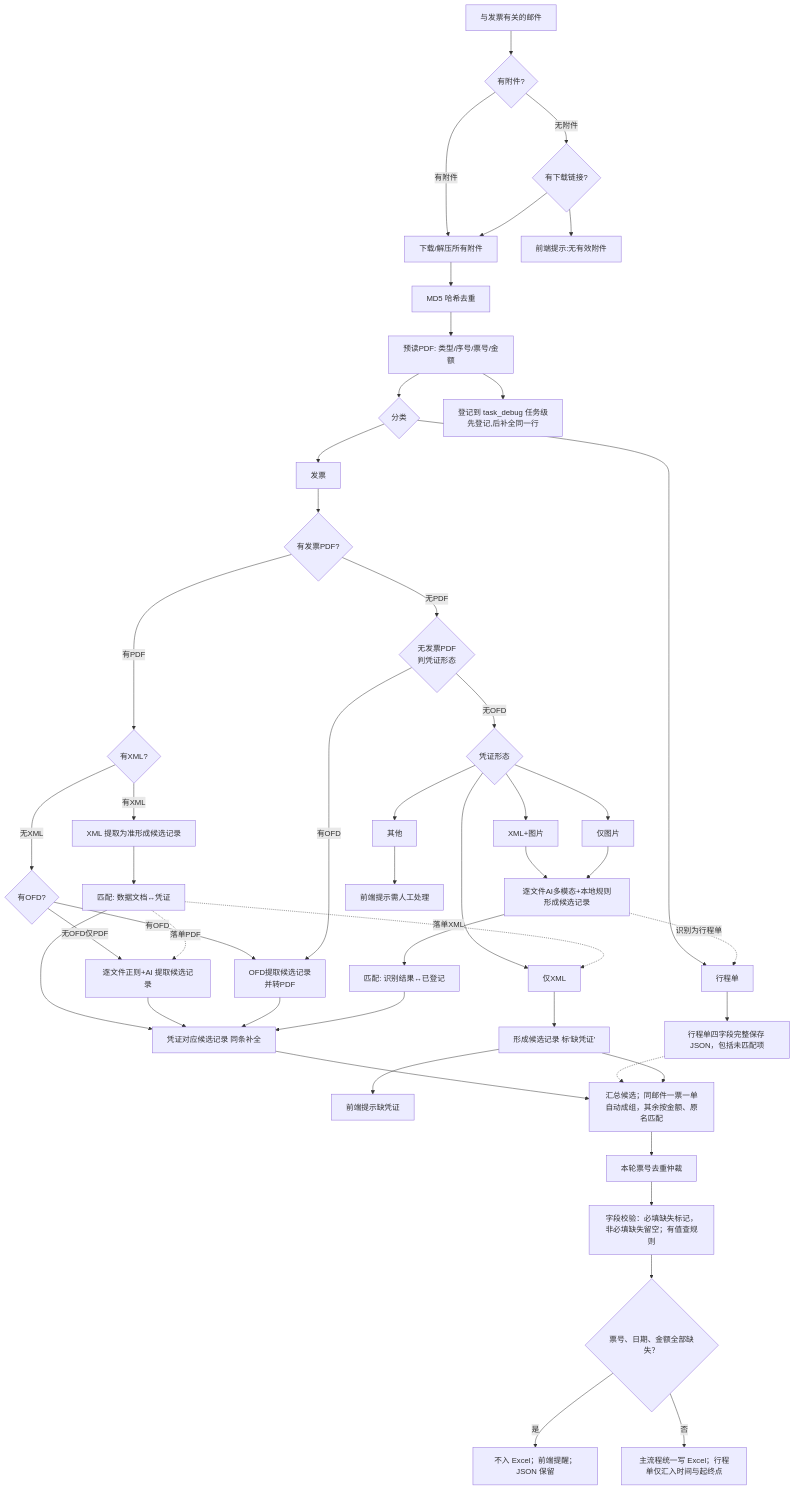
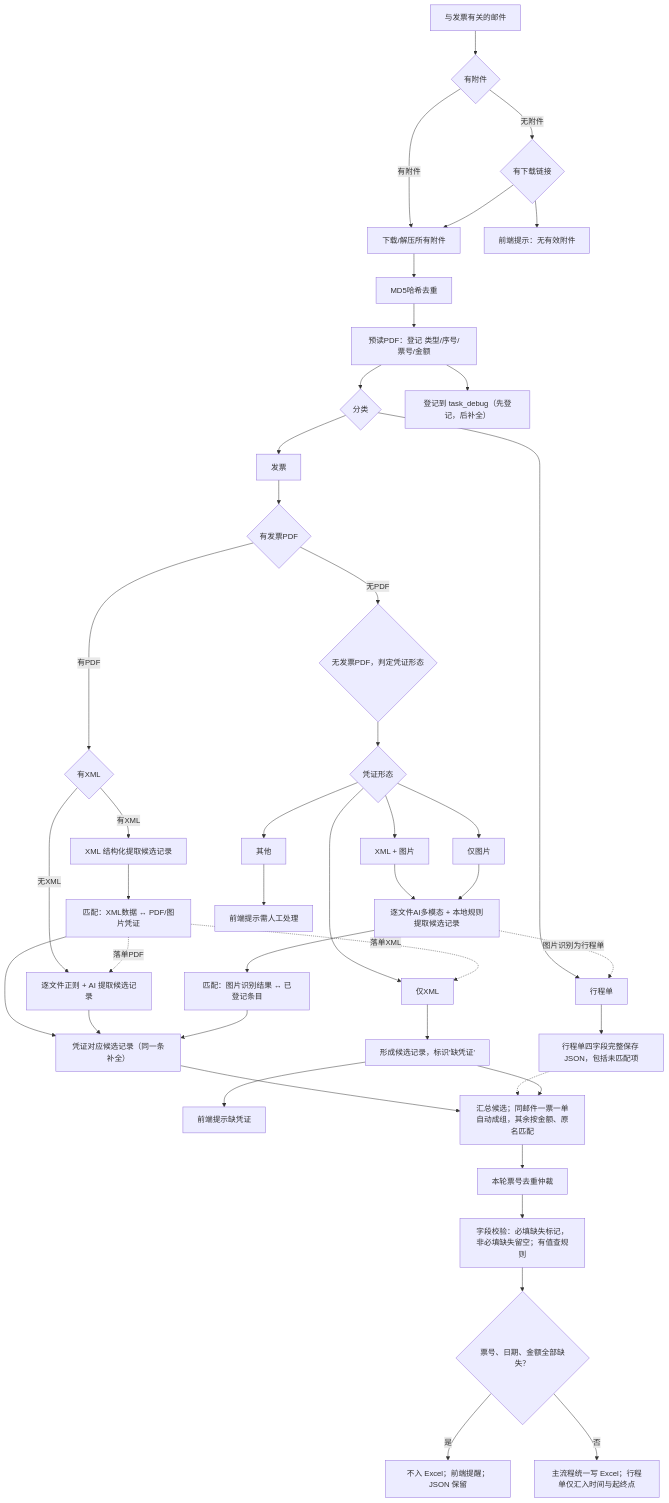
Before and after one commit to MUKE-git/Fapiao_Task: the second of 4 diagrams in 01 docs/01 project/重构方案.md, drawn with Mermaid. The commit also changed other lines of this file and 2 other files, not shown here.

Commit message:
docs: 更新 T3 主流程与集成交接
记录用户调整后的 Mermaid 主流程、忽略 OFD 的处理边界及阶段测试交接。保留历史结论的时间和验证范围，避免把规划或受控测试误写为产品验收。

````diff
--- a/01 docs/01 project/重构方案.md
+++ b/01 docs/01 project/重构方案.md
@@ -50,65 +50,83 @@
 ```mermaid
+%% 目标流程：OFD 直接忽略；研发验证和待验收项见 T3-9 交接记录。
 flowchart TD
+    %% 邮件进入
     A["与发票有关的邮件"]
-    B{"有附件?"}
+    B{"有附件"}
     C["下载/解压所有附件"]
-    D{"有下载链接?"}
-    E["前端提示:无有效附件"]
-    F["MD5 哈希去重"]
-    G["预读PDF: 类型/序号/票号/金额"]
+    D{"有下载链接"}
+    E["前端提示：无有效附件"]
+
+    %% 附件预处理
+    F["MD5哈希去重"]
+    G["预读PDF：登记 类型/序号/票号/金额"]
     H{"分类"}
     I["行程单"]
     J["发票"]
-    K["登记到 task_debug 任务级<br/>先登记,后补全同一行"]
-    L{"有发票PDF?"}
-    M{"有XML?"}
-    N["XML 提取为准形成候选记录"]
-    O["匹配: 数据文档↔凭证"]
-    P{"有OFD?"}
-    Q["逐文件正则+AI 提取候选记录"]
-    R["凭证对应候选记录 同条补全"]
-    S{"无发票PDF<br/>判凭证形态"}
-    SS["OFD提取候选记录<br/>并转PDF"]
+    K["登记到 task_debug（先登记，后补全）"]
+
+    %% 发票流程（有PDF）
+    L{"有发票PDF"}
+    M{"有XML"}
+    N["XML 结构化提取候选记录"]
+    O["匹配：XML数据 ↔ PDF/图片凭证"]
+    Q["逐文件正则 + AI 提取候选记录"]
+    R["凭证对应候选记录（同一条补全）"]
+
+    %% 无发票PDF：判定凭证形态
+    S{"无发票PDF，判定凭证形态"}
     T["其他"]
     U["仅XML"]
-    V["XML+图片"]
+    V["XML + 图片"]
     W["仅图片"]
-    X["逐文件AI多模态+本地规则形成候选记录"]
-    Y["匹配: 识别结果↔已登记"]
-    Z["形成候选记录 标'缺凭证'"]
+    X["逐文件AI多模态 + 本地规则提取候选记录"]
+    Y["匹配：图片识别结果 ↔ 已登记条目"]
+    Z["形成候选记录，标识'缺凭证'"]
     AA["前端提示缺凭证"]
     AB["前端提示需人工处理"]
 
-    A-->B
-    B-->|有附件|C
-    B-->|无附件|D
-    D-->C
-    D-->E
-    C-->F-->G-->H
-    H-->I
-    H-->J
-    G-->K
-    J-->L
-    L-->|有PDF|M
-    L-->|无PDF|S
-    M-->|有XML|N
-    M-->|无XML|P
-    P-->|有OFD|SS
-    P-->|无OFD仅PDF|Q
-    N-->O-->R
-    Q-->R
-    S-->|有OFD|SS-->R
-    S-->|无OFD|S2{"凭证形态"}
-    S2-->T-->AB
-    S2-->U-->Z-->AA
-    S2-->V
-    S2-->W
-    V-->X
-    W-->X
-    X-->Y-->R
-    X-.->|识别为行程单|I
-    O-.->|落单XML|U
-    O-.->|落单PDF|Q
+    A --> B
+    B -->|有附件| C
+    B -->|无附件| D
+    D --> C
+    D --> E
+
+    C --> F
+    F --> G
+    G --> H
+    H --> I
+    H --> J
+    G --> K
+
+    J --> L
+    L -->|有PDF| M
+    L -->|无PDF| S
+
+    M -->|有XML| N
+    M -->|无XML| Q
+
+    N --> O
+    O --> R
+    Q --> R
+
+    S --> S2{"凭证形态"}
+    S2 --> T
+    S2 --> U
+    S2 --> V
+    S2 --> W
+
+    U --> Z --> AA
+    V --> X
+    W --> X
+    X --> Y
+    Y --> R
+
+    T --> AB
+
+    %% 反向触发（虚线）
+    X -.->|图片识别为行程单| I
+    O -.-> |落单XML| U
+    O -.-> |落单PDF| Q
 
     %% 候选记录汇总后统一处理（CF-001/003/005/006/009/011）
     R --> MATCH["汇总候选；同邮件一票一单自动成组，其余按金额、原名匹配"]
````
